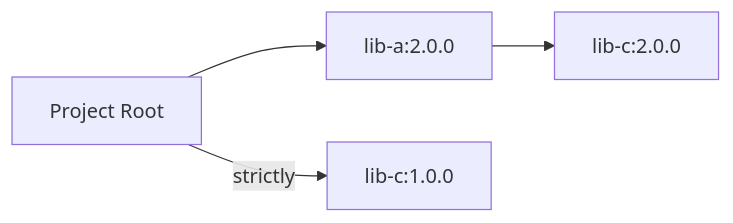
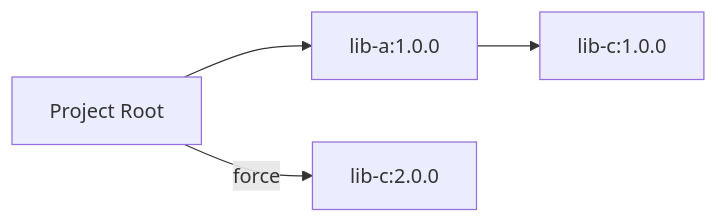
One commit to JavaDependencyHell/fieldguide changed the diagram in demos/gradle-demo/scenario-6-forcing/guide.qmd. Above: the diagram before and after it, drawn with Mermaid. The commit also changed other lines of this file and 46 other files, not shown here.

````diff
--- a/demos/gradle-demo/scenario-6-forcing/guide.qmd
+++ b/demos/gradle-demo/scenario-6-forcing/guide.qmd
@@ -7,7 +7,7 @@
 ```{mermaid}
 %%| fig-width: 4.4
 graph LR
-    Root[Project Root] --> LibA[lib-a:2.0.0]
-    LibA --> LibC[lib-c:2.0.0]
-    Root -- strictly --> LibC_Forced[lib-c:1.0.0]
+    Root[Project Root] --> LibA[lib-a:1.0.0]
+    LibA --> LibC[lib-c:1.0.0]
+    Root -- force --> LibC_Forced[lib-c:2.0.0]
 ```
````
